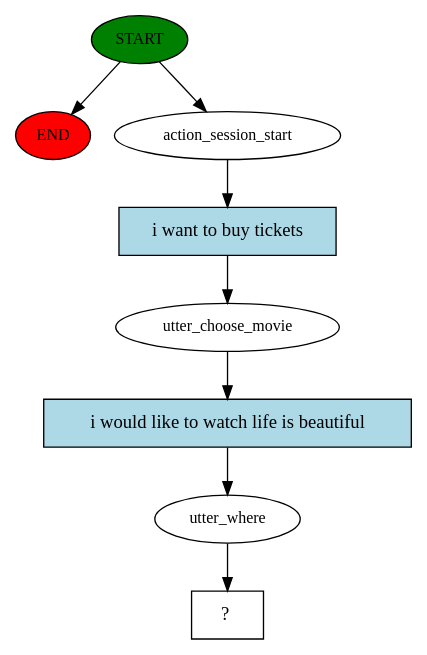
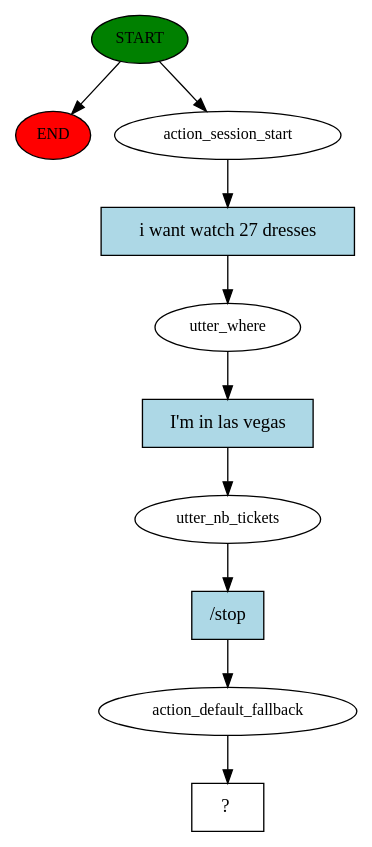
The diagram in story_graph.dot (menezesmalu/chatbot), drawn with Graphviz before and after one commit. The commit also changed 25 other files, not shown here.

```diff
--- a/story_graph.dot
+++ b/story_graph.dot
@@ -1,17 +1,21 @@
 digraph  {
 0 [class="start active", fillcolor=green, fontsize=12, label=START, style=filled];
 "-1" [class=end, fillcolor=red, fontsize=12, label=END, style=filled];
 1 [class=active, fontsize=12, label=action_session_start];
-2 [class=active, fontsize=12, label=utter_choose_movie];
-3 [class=active, fontsize=12, label=utter_where];
-4 [class="intent dashed active", label="  ?  ", shape=rect];
-5 [class="intent active", fillcolor=lightblue, label="i want to buy tickets", shape=rect, style=filled];
-6 [class="intent active", fillcolor=lightblue, label="i would like to watch life is beautiful", shape=rect, style=filled];
+2 [class=active, fontsize=12, label=utter_where];
+3 [class=active, fontsize=12, label=utter_nb_tickets];
+4 [class=active, fontsize=12, label=action_default_fallback];
+5 [class="intent dashed active", label="  ?  ", shape=rect];
+6 [class="intent active", fillcolor=lightblue, label="i want watch 27 dresses", shape=rect, style=filled];
+7 [class="intent active", fillcolor=lightblue, label="I'm in las vegas", shape=rect, style=filled];
+8 [class="intent active", fillcolor=lightblue, label="/stop", shape=rect, style=filled];
 0 -> "-1"  [class="", key=NONE, label=""];
 0 -> 1  [class=active, key=NONE, label=""];
-1 -> 5  [class=active, key=0];
-2 -> 6  [class=active, key=0];
-3 -> 4  [class=active, key=NONE, label=""];
-5 -> 2  [class=active, key=0];
-6 -> 3  [class=active, key=0];
+1 -> 6  [class=active, key=0];
+2 -> 7  [class=active, key=0];
+3 -> 8  [class=active, key=0];
+4 -> 5  [class=active, key=NONE, label=""];
+6 -> 2  [class=active, key=0];
+7 -> 3  [class=active, key=0];
+8 -> 4  [class=active, key=0];
 }
```
